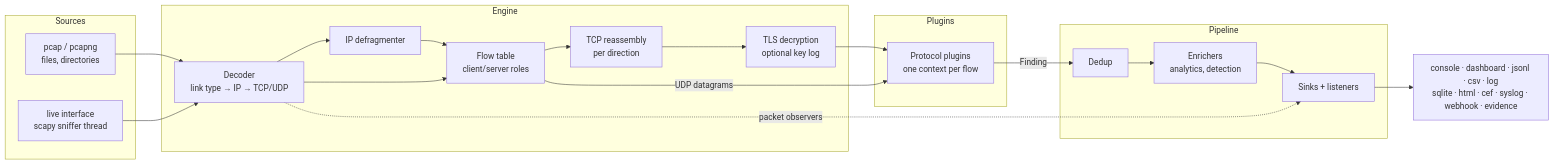
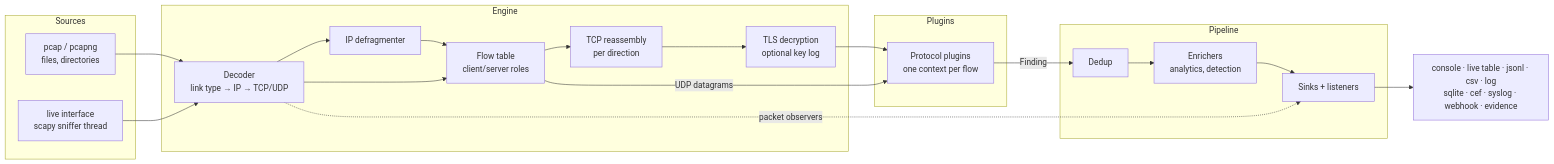
The diagram in docs/architecture/index.md (haydena23/netcreds-ng), drawn with Mermaid before and after one commit. The commit also changed other lines of this file and 102 other files, not shown here.

````diff
--- a/docs/architecture/index.md
+++ b/docs/architecture/index.md
@@ -7,29 +7,29 @@
 ```mermaid
 flowchart LR
     subgraph Sources
         F[pcap / pcapng<br/>files, directories]
         L[live interface<br/>scapy sniffer thread]
     end
     subgraph Engine
         D[Decoder<br/>link type → IP → TCP/UDP]
         R[IP defragmenter]
         T[Flow table<br/>client/server roles]
         S[TCP reassembly<br/>per direction]
         X[TLS decryption<br/>optional key log]
     end
     subgraph Plugins
         P[Protocol plugins<br/>one context per flow]
     end
     subgraph Pipeline
         U[Dedup] --> E[Enrichers<br/>analytics, detection] --> K[Sinks + listeners]
     end
     F --> D
     L --> D
     D --> R --> T
     D --> T
     T --> S --> X --> P
     T -->|UDP datagrams| P
     P -->|Finding| U
-    K --> C[console · dashboard · jsonl · csv · log<br/>sqlite · html · cef · syslog · webhook · evidence]
+    K --> C[console · live table · jsonl · csv · log<br/>sqlite · cef · syslog · webhook · evidence]
     D -.->|packet observers| K
 ```
````
